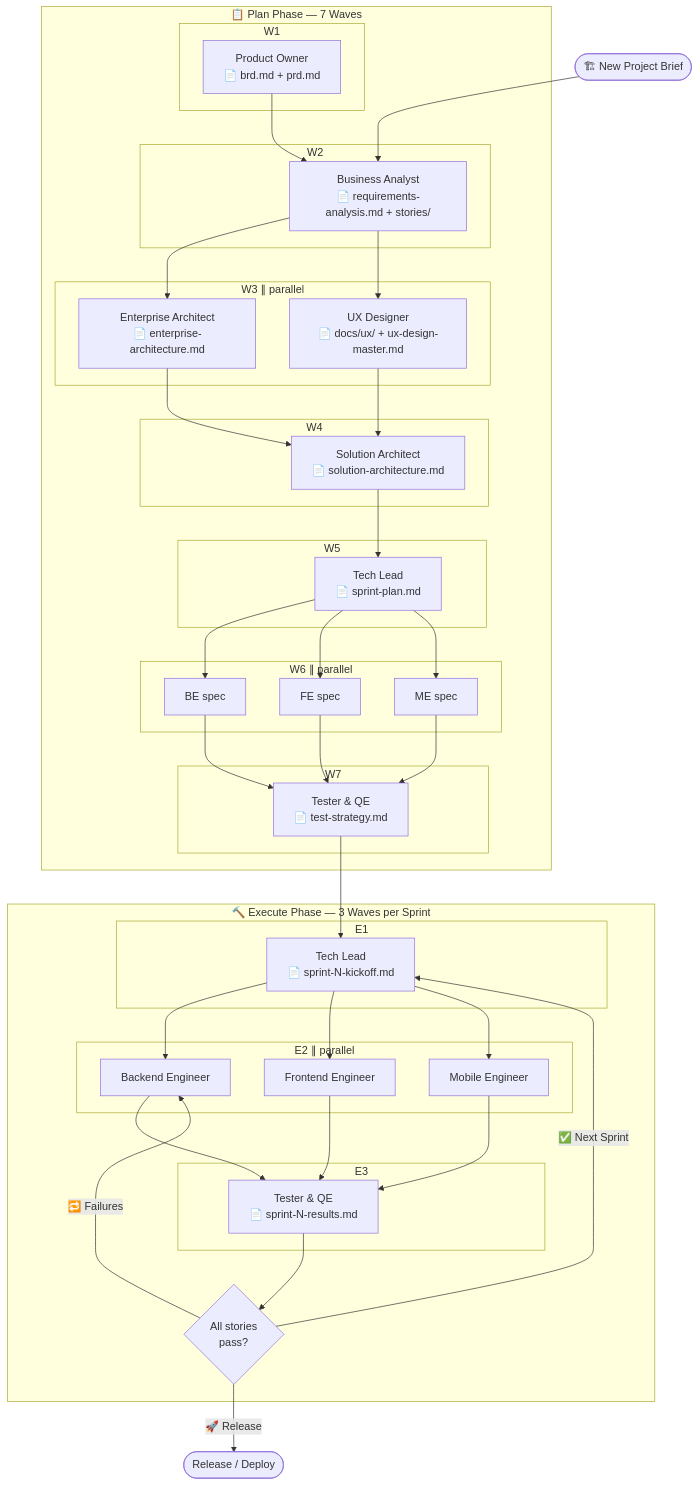
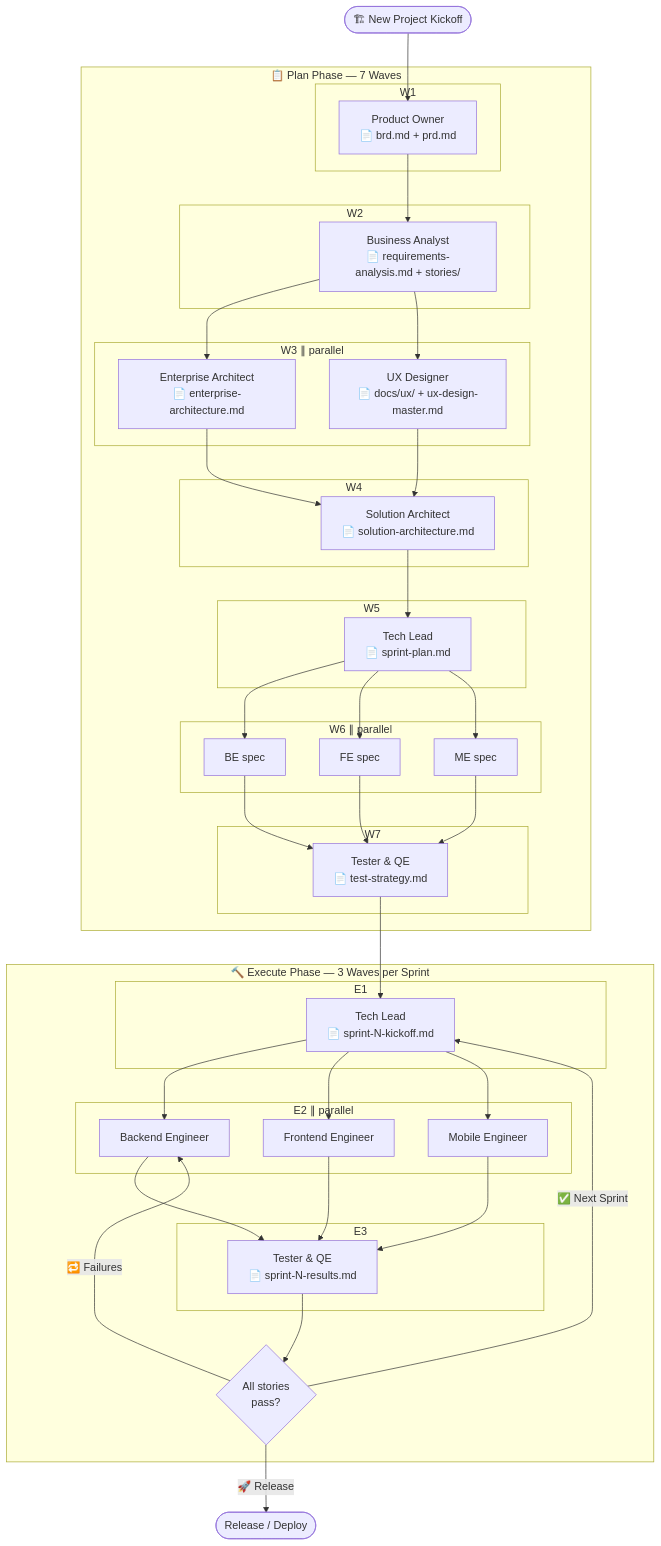
One commit to simbataisa/agent-skill-plugin changed the first of 5 diagrams in bmad-sdlc-agents/README.md. Above: the diagram before and after it, drawn with Mermaid. The commit also changed other lines of this file and 10 other files, not shown here.

````diff
--- a/bmad-sdlc-agents/README.md
+++ b/bmad-sdlc-agents/README.md
@@ -2154,61 +2208,61 @@
 ```mermaid
 flowchart TD
-    START([🏗 New Project Brief]) --> BA
+    START([🏗 New Project Kickoff]) --> PO
 
     subgraph PLAN["📋 Plan Phase — 7 Waves"]
         subgraph W1["W1"]
             PO["Product Owner<br>📄 brd.md + prd.md"]
         end
         subgraph W2["W2"]
             BA["Business Analyst<br>📄 requirements-analysis.md + stories/"]
         end
         subgraph W3["W3 ∥ parallel"]
             EA["Enterprise Architect<br>📄 enterprise-architecture.md"]
             UX["UX Designer<br>📄 docs/ux/ + ux-design-master.md"]
         end
         subgraph W4["W4"]
             SA["Solution Architect<br>📄 solution-architecture.md"]
         end
         subgraph W5["W5"]
             TL_PLAN["Tech Lead<br>📄 sprint-plan.md"]
         end
         subgraph W6["W6 ∥ parallel"]
             BE_SPEC["BE spec"]
             FE_SPEC["FE spec"]
             ME_SPEC["ME spec"]
         end
         subgraph W7["W7"]
             TQE_STRAT["Tester & QE<br>📄 test-strategy.md"]
         end
 
         PO --> BA
         BA --> EA & UX
         EA & UX --> SA --> TL_PLAN
         TL_PLAN --> BE_SPEC & FE_SPEC & ME_SPEC
         BE_SPEC & FE_SPEC & ME_SPEC --> TQE_STRAT
     end
 
     TQE_STRAT --> KICKOFF
 
     subgraph EXEC["🔨 Execute Phase — 3 Waves per Sprint"]
         subgraph E1["E1"]
             KICKOFF["Tech Lead<br>📄 sprint-N-kickoff.md"]
         end
         subgraph E2["E2 ∥ parallel"]
             BE["Backend Engineer"]
             FE["Frontend Engineer"]
             ME["Mobile Engineer"]
         end
         subgraph E3["E3"]
             TQE["Tester & QE<br>📄 sprint-N-results.md"]
         end
         PASS{All stories\npass?}
 
         KICKOFF --> BE & FE & ME
         BE & FE & ME --> TQE --> PASS
         PASS -->|"🔁 Failures"| BE
         PASS -->|"✅ Next Sprint"| KICKOFF
     end
 
     PASS -->|"🚀 Release"| DONE([Release / Deploy])
 ```
````
